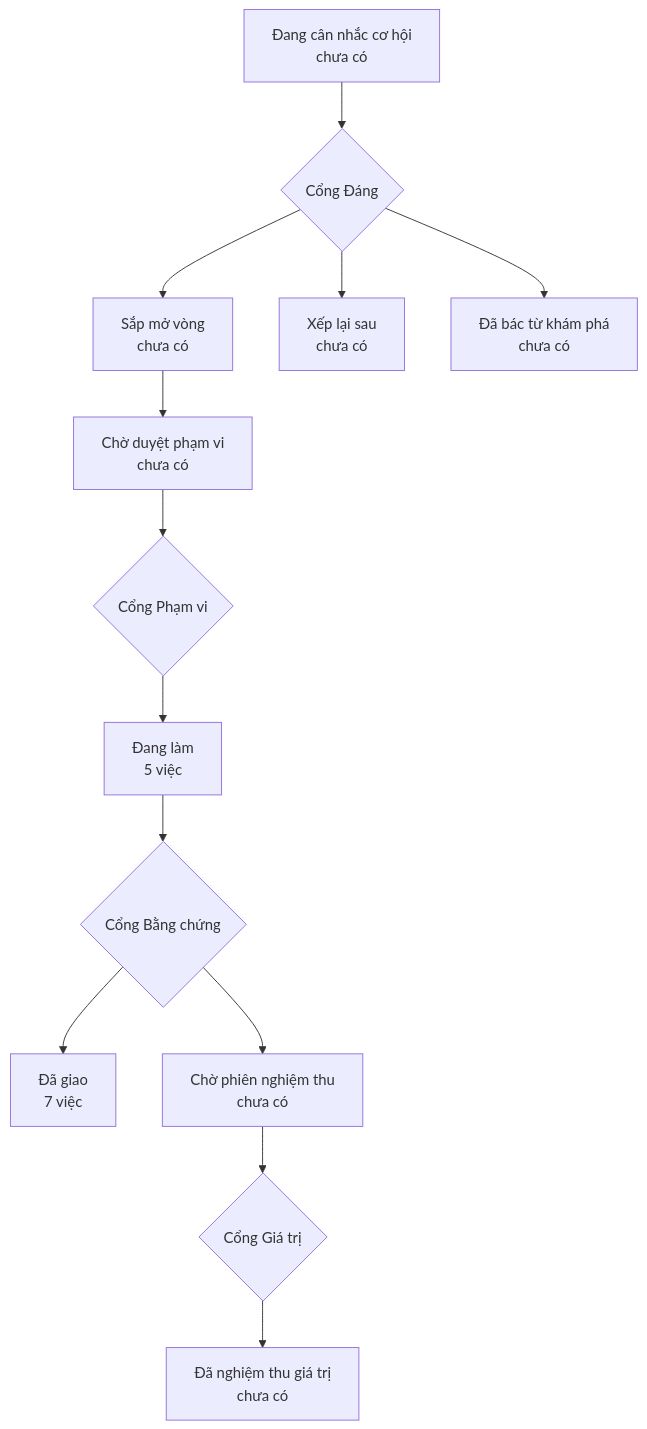
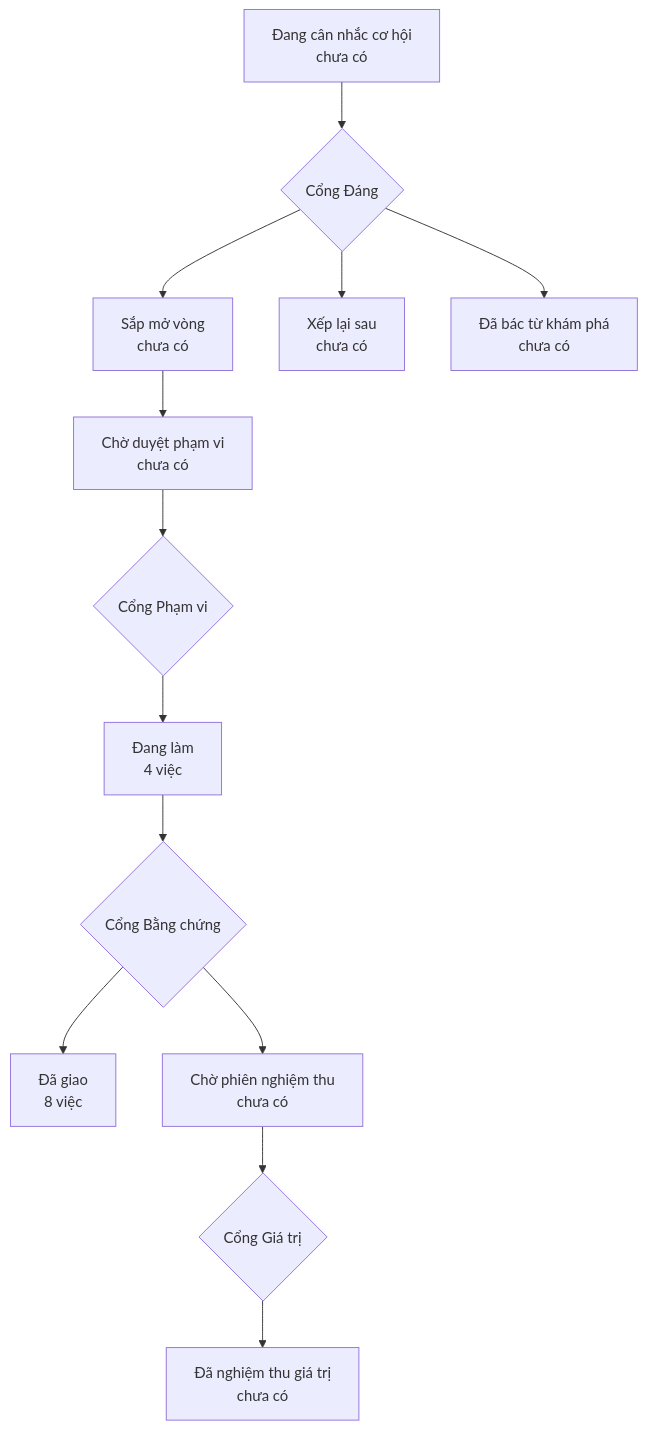
The diagram in PRODUCT-MAP.md (phanlemanh/crm-onehub), drawn with Mermaid before and after one commit. The commit also changed 2 other files, not shown here.

Commit message:
Gate 2 signoff: cai-dat-con-lai-noi-tieng-viet — Manh Phan

````diff
--- a/PRODUCT-MAP.md
+++ b/PRODUCT-MAP.md
@@ -6,12 +6,12 @@
 ```mermaid
 flowchart TD
   A["Đang cân nhắc cơ hội<br/>chưa có"] --> GD{"Cổng Đáng"}
   GD --> B["Sắp mở vòng<br/>chưa có"]
   GD --> XL["Xếp lại sau<br/>chưa có"]
   GD --> DB["Đã bác từ khám phá<br/>chưa có"]
   B --> CD["Chờ duyệt phạm vi<br/>chưa có"] --> GP{"Cổng Phạm vi"}
-  GP --> DL["Đang làm<br/>5 việc"] --> GB{"Cổng Bằng chứng"}
-  GB --> DG["Đã giao<br/>7 việc"]
+  GP --> DL["Đang làm<br/>4 việc"] --> GB{"Cổng Bằng chứng"}
+  GB --> DG["Đã giao<br/>8 việc"]
   GB --> CN["Chờ phiên nghiệm thu<br/>chưa có"] --> GG{"Cổng Giá trị"}
   GG --> NT["Đã nghiệm thu giá trị<br/>chưa có"]
 ```
````
